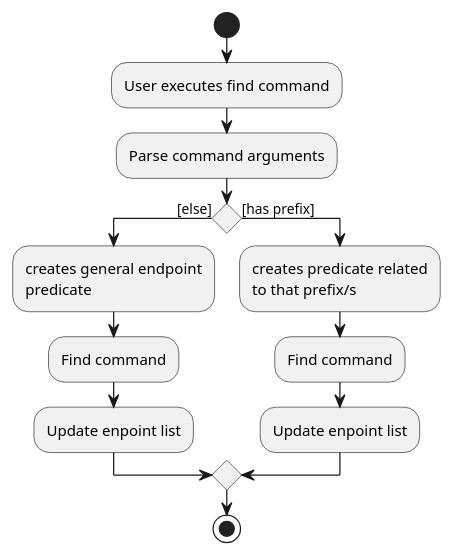
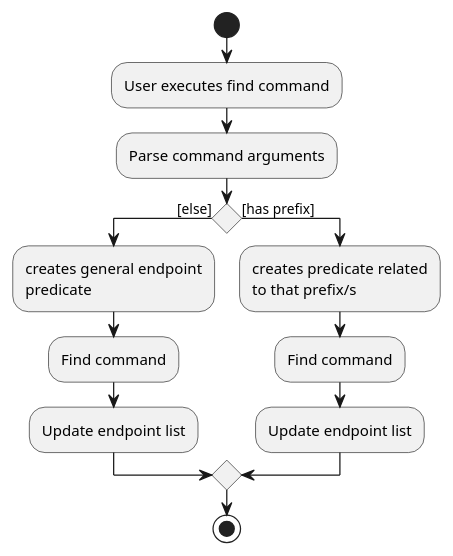
Before and after one commit to nus-cs2103-AY2021S2/tp: the diagram in docs/diagrams/FindActivityDiagram.puml, drawn with PlantUML. The commit also changed 1 other file, not shown here.

```diff
--- a/docs/diagrams/FindActivityDiagram.puml
+++ b/docs/diagrams/FindActivityDiagram.puml
@@ -1,20 +1,20 @@
 @startuml
 start
 :User executes find command;
 :Parse command arguments;
 'Since the beta syntax does not support placing the condition outside the
 'diamond we place it as the true branch instead.
 
 if () then ([else])
     :creates general endpoint
     predicate;
     :Find command;
-    :Update enpoint list;
+    :Update endpoint list;
 else ([has prefix])
     :creates predicate related
     to that prefix/s;
     :Find command;
-    :Update enpoint list;
+    :Update endpoint list;
 endif
 stop
 @enduml
```
